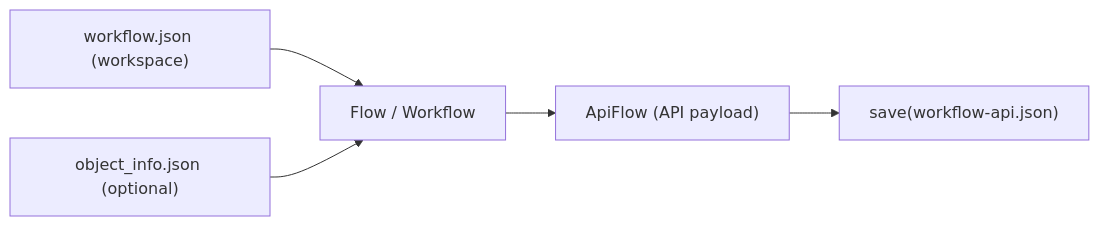
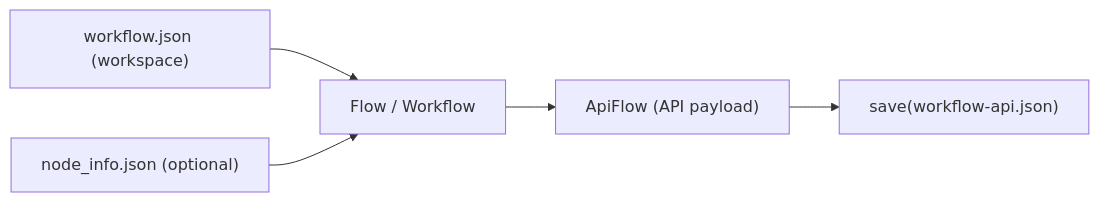
Before and after one commit to chrisdreid/comfyui-autoflow: the first of 4 diagrams in docs/convert.md, drawn with Mermaid. The commit also changed other lines of this file and 53 other files, not shown here.

Commit message:
Major update on dot.accessors and renamed object_info to node_info

````diff
--- a/docs/convert.md
+++ b/docs/convert.md
@@ -5,7 +5,7 @@
 ```mermaid
 flowchart LR
   workflowJson["workflow.json (workspace)"] --> flowObj["Flow / Workflow"]
-  objectInfo["object_info.json (optional)"] --> flowObj
+  objectInfo["node_info.json (optional)"] --> flowObj
   flowObj --> apiFlow["ApiFlow (API payload)"]
   apiFlow --> saveApi["save(workflow-api.json)"]
 ```
````
